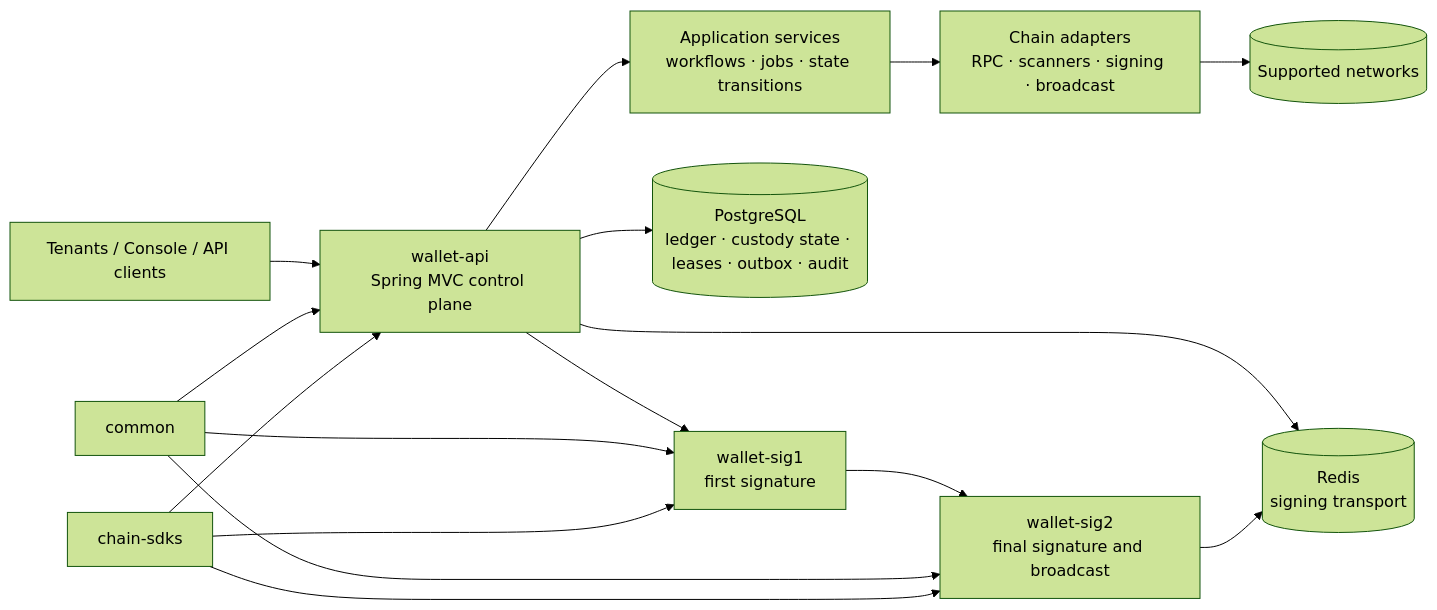
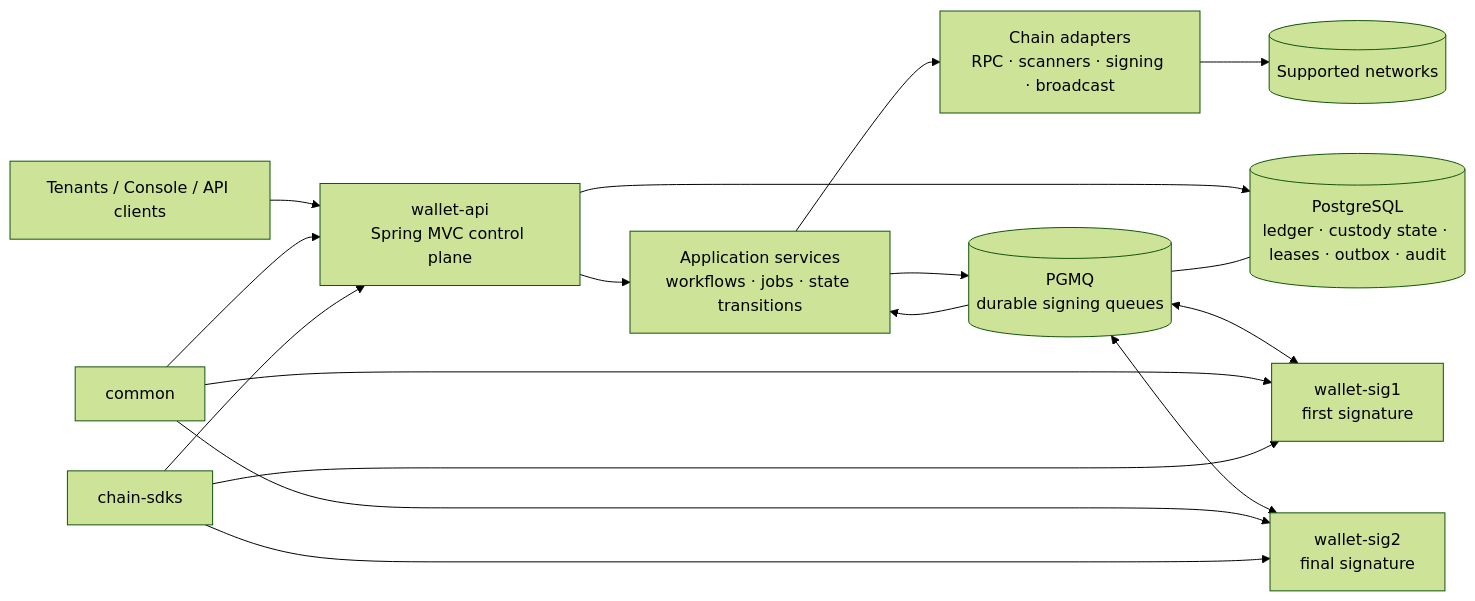
One commit to lilaizhencn/surprising-wallet changed the diagram in README.md. Above: the diagram before and after it, drawn with Mermaid (forest theme). The commit also changed other lines of this file and 59 other files, not shown here.

Commit message:
Replace Redis with PostgreSQL PGMQ queues

````diff
--- a/README.md
+++ b/README.md
@@ -79,18 +79,19 @@
 ```mermaid
 flowchart LR
     Tenant[Tenants / Console / API clients] --> API[wallet-api<br/>Spring MVC control plane]
     API --> Services[Application services<br/>workflows · jobs · state transitions]
     Services --> Adapters[Chain adapters<br/>RPC · scanners · signing · broadcast]
     Adapters --> Networks[(Supported networks)]
     API --> PostgreSQL[(PostgreSQL<br/>ledger · custody state · leases · outbox · audit)]
-    API --> Redis[(Redis<br/>signing transport)]
-    API --> Sig1[wallet-sig1<br/>first signature]
-    Sig1 --> Sig2[wallet-sig2<br/>final signature and broadcast]
-    Sig2 --> Redis
+    Services --> PGMQ[(PGMQ<br/>durable signing queues)]
+    PGMQ --- PostgreSQL
+    PGMQ <--> Sig1[wallet-sig1<br/>first signature]
+    PGMQ <--> Sig2[wallet-sig2<br/>final signature]
+    PGMQ --> Services
     Common[common] --> API
     Common --> Sig1
     Common --> Sig2
     SDKs[chain-sdks] --> API
     SDKs --> Sig1
     SDKs --> Sig2
 ```
````
